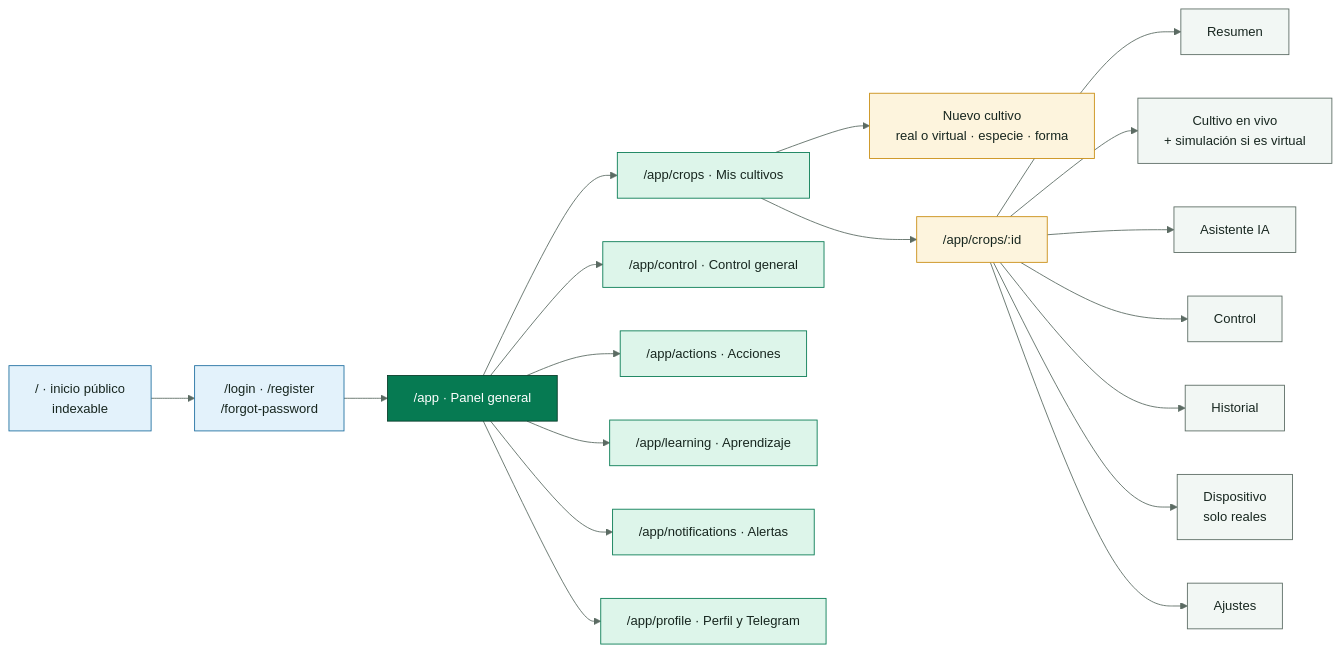
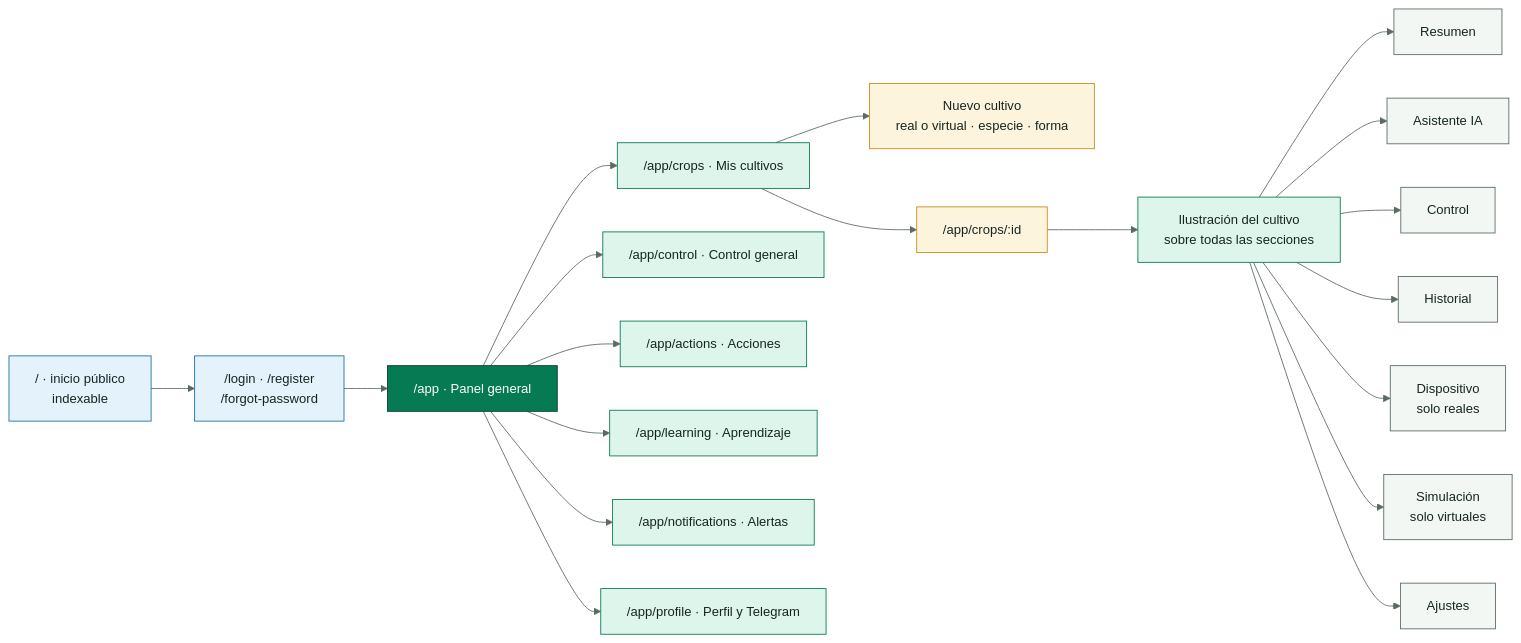
One commit to SmartPotTech/.github changed the diagram in docs/diagrams/SmartPot_32_PWA_Sitemap.mmd. Above: the diagram before and after it, drawn with Mermaid.

Commit message:
Place the illustration above every crop section in the PWA map

```diff
--- a/docs/diagrams/SmartPot_32_PWA_Sitemap.mmd
+++ b/docs/diagrams/SmartPot_32_PWA_Sitemap.mmd
@@ -1,25 +1,27 @@
 %%{init: {"theme": "base", "fontFamily": "Segoe UI, Arial, sans-serif", "themeVariables": {"fontFamily": "Segoe UI, Arial, sans-serif", "fontSize": "15px", "primaryColor": "#DDF5EA", "primaryTextColor": "#17261F", "primaryBorderColor": "#067A52", "secondaryColor": "#E3F2FB", "secondaryTextColor": "#17261F", "secondaryBorderColor": "#1F6FA0", "tertiaryColor": "#F2F7F4", "tertiaryTextColor": "#17261F", "tertiaryBorderColor": "#D5E3DC", "lineColor": "#5B6B63", "textColor": "#17261F", "mainBkg": "#DDF5EA", "nodeBorder": "#067A52", "clusterBkg": "#F7FAF8", "clusterBorder": "#D5E3DC", "edgeLabelBackground": "#FFFFFF", "actorBkg": "#067A52", "actorBorder": "#0B3D2B", "actorTextColor": "#FFFFFF", "actorLineColor": "#5B6B63", "signalColor": "#17261F", "signalTextColor": "#17261F", "labelBoxBkgColor": "#0B3D2B", "labelBoxBorderColor": "#0B3D2B", "labelTextColor": "#FFFFFF", "loopTextColor": "#0B3D2B", "noteBkgColor": "#FDF4DD", "noteBorderColor": "#C98D12", "noteTextColor": "#17261F", "activationBkgColor": "#DDF5EA", "activationBorderColor": "#067A52", "attributeBackgroundColorOdd": "#FFFFFF", "attributeBackgroundColorEven": "#F2F7F4"}}}%%
 flowchart LR
   inicio["/ · inicio público<br/>indexable"] --> ingreso["/login · /register<br/>/forgot-password"]
   ingreso --> panel["/app · Panel general"]
   panel --> cultivos["/app/crops · Mis cultivos"]
   cultivos --> nuevo["Nuevo cultivo<br/>real o virtual · especie · forma"]
   cultivos --> detalle["/app/crops/:id"]
-  detalle --> t1["Resumen"] & t6["Cultivo en vivo<br/>+ simulación si es virtual"] & t2["Asistente IA"] & t3["Control"] & t4["Historial"] & t5["Dispositivo<br/>solo reales"] & t7["Ajustes"]
+  detalle --> hero["Ilustración del cultivo<br/>sobre todas las secciones"]
+  hero --> t1["Resumen"] & t2["Asistente IA"] & t3["Control"] & t4["Historial"] & t5["Dispositivo<br/>solo reales"] & t6["Simulación<br/>solo virtuales"] & t7["Ajustes"]
   panel --> control["/app/control · Control general"]
   panel --> acciones["/app/actions · Acciones"]
   panel --> aprendizaje["/app/learning · Aprendizaje"]
   panel --> alertas["/app/notifications · Alertas"]
   panel --> perfil["/app/profile · Perfil y Telegram"]
   classDef leaf fill:#DDF5EA,stroke:#067A52,color:#17261F
   classDef water fill:#E3F2FB,stroke:#1F6FA0,color:#17261F
   classDef sun fill:#FDF4DD,stroke:#C98D12,color:#17261F
   classDef clay fill:#FBE9E1,stroke:#B85A38,color:#17261F
   classDef core fill:#067A52,stroke:#0B3D2B,color:#FFFFFF
   classDef deep fill:#0B3D2B,stroke:#06281C,color:#FFFFFF
   classDef muted fill:#F2F7F4,stroke:#5B6B63,color:#17261F
   class inicio,ingreso water
   class panel core
   class cultivos,control,acciones,aprendizaje,alertas,perfil leaf
   class detalle,nuevo sun
+  class hero leaf
   class t1,t2,t3,t4,t5,t6,t7 muted
```
